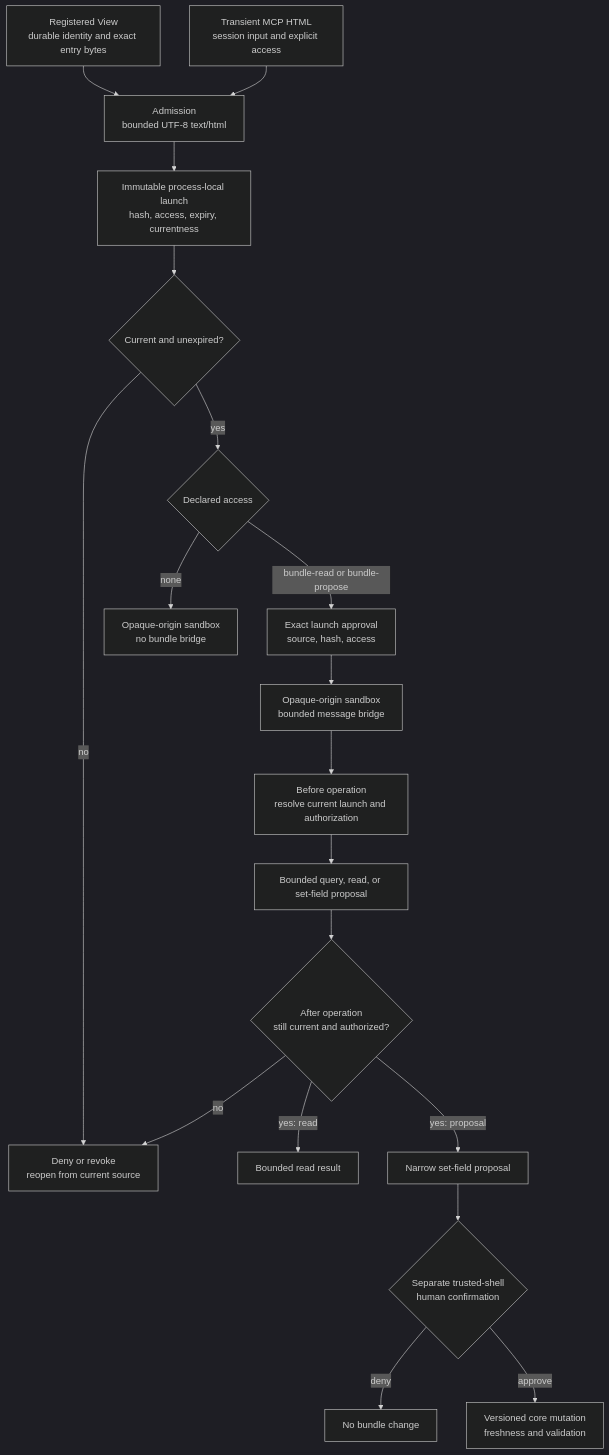
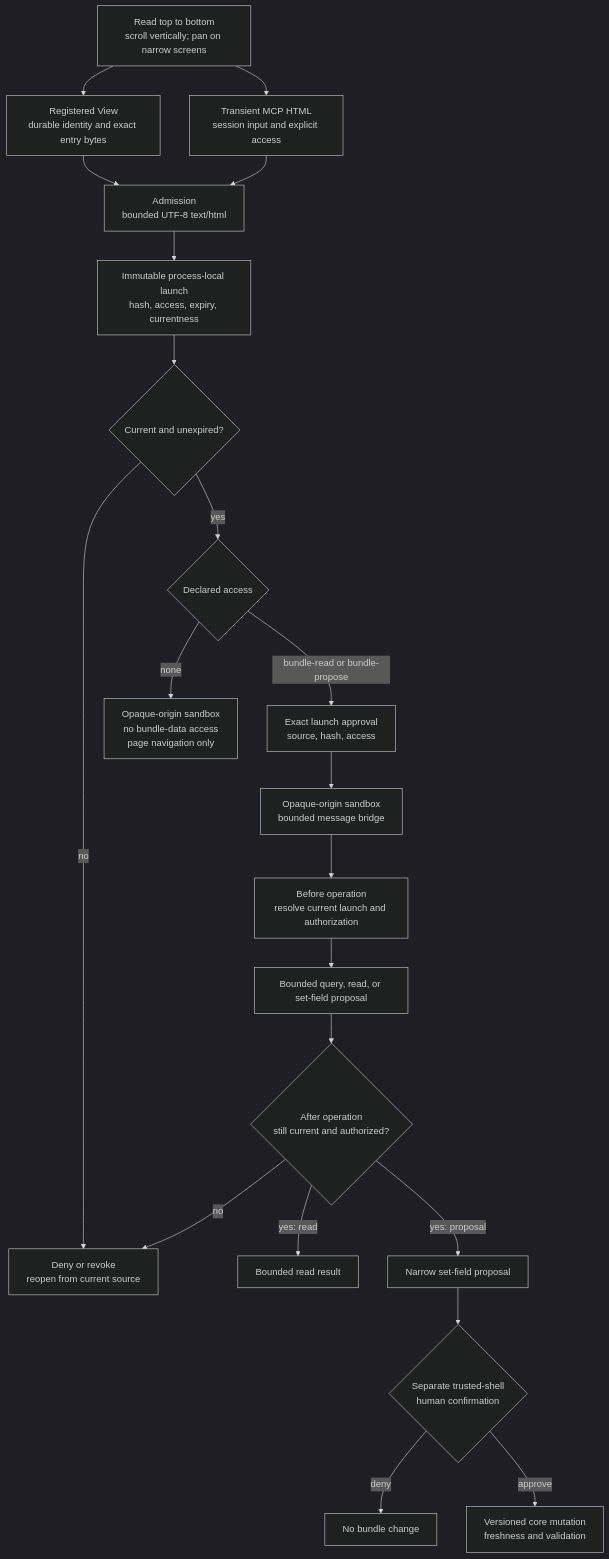
The diagram in .superbee/visuals/sources/view-lifecycle-and-trust.mmd (Holaxis-ai/superbee-docs), drawn with Mermaid (dark theme) before and after one commit. The commit also changed 5 other files, not shown here.

```diff
--- a/.superbee/visuals/sources/view-lifecycle-and-trust.mmd
+++ b/.superbee/visuals/sources/view-lifecycle-and-trust.mmd
@@ -1,32 +1,34 @@
 flowchart TD
   accTitle: Superbee View lifecycle and trust
   accDescr {
     Registered View bytes and transient MCP HTML enter the same bounded admission and immutable
     process-local launch pipeline. A current launch either runs without bundle access or requires
     exact-source approval for bounded reads and proposals. Proposals still require a separate human
     confirmation before the core mutation transaction. Expired, replaced, or unauthorized launches
     fail closed and must be reopened.
   }
 
+  guide["Read top to bottom<br/>scroll vertically; pan on narrow screens"] --> registered
+  guide --> transient
   registered["Registered View<br/>durable identity and exact entry bytes"] --> admit
   transient["Transient MCP HTML<br/>session input and explicit access"] --> admit
 
   admit["Admission<br/>bounded UTF-8 text/html"] --> launch["Immutable process-local launch<br/>hash, access, expiry, currentness"]
   launch --> current{"Current and unexpired?"}
   current -->|"no"| revoked["Deny or revoke<br/>reopen from current source"]
   current -->|"yes"| access{"Declared access"}
 
-  access -->|"none"| isolated["Opaque-origin sandbox<br/>no bundle bridge"]
+  access -->|"none"| isolated["Opaque-origin sandbox<br/>no bundle-data access<br/>page navigation only"]
   access -->|"bundle-read or bundle-propose"| approval["Exact launch approval<br/>source, hash, access"]
   approval --> bridged["Opaque-origin sandbox<br/>bounded message bridge"]
 
   bridged --> before["Before operation<br/>resolve current launch and authorization"]
   before --> operation["Bounded query, read, or set-field proposal"]
   operation --> after{"After operation<br/>still current and authorized?"}
   after -->|"no"| revoked
   after -->|"yes: read"| result["Bounded read result"]
   after -->|"yes: proposal"| proposal["Narrow set-field proposal"]
 
   proposal --> confirm{"Separate trusted-shell<br/>human confirmation"}
   confirm -->|"deny"| unchanged["No bundle change"]
   confirm -->|"approve"| mutate["Versioned core mutation<br/>freshness and validation"]
```
